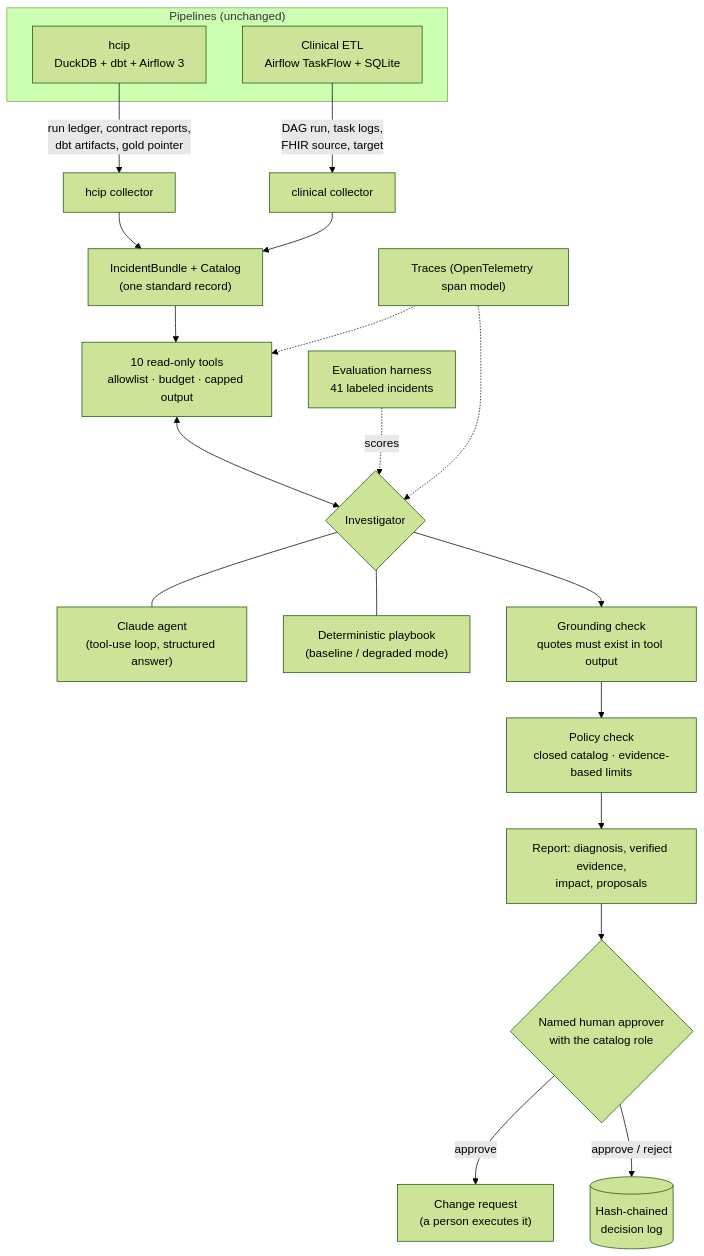
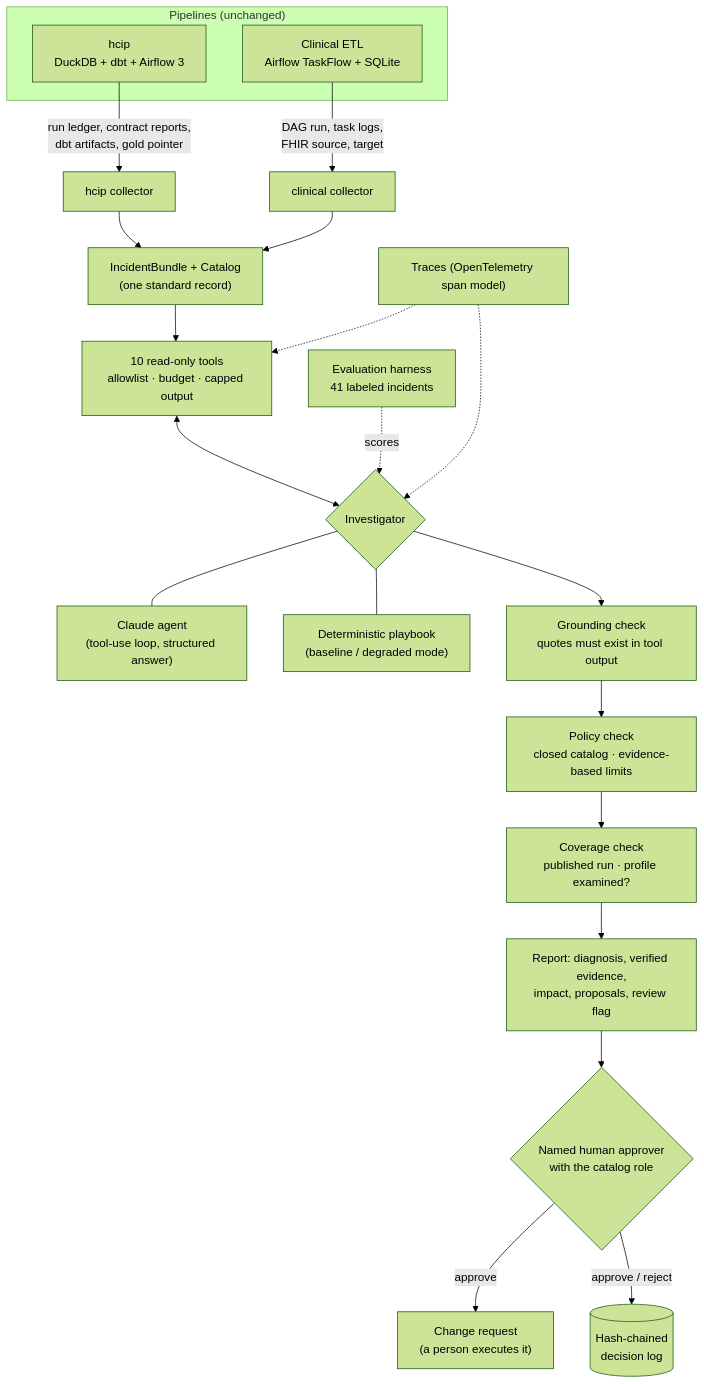
Before and after one commit to KilgoreC1024/healthcare-data-reliability-copilot: the first of 2 diagrams in docs/architecture.md, drawn with Mermaid (forest theme). The commit also changed other lines of this file and 20 other files, not shown here.

````diff
--- a/docs/architecture.md
+++ b/docs/architecture.md
@@ -5,24 +5,25 @@
 ```mermaid
 flowchart TB
     subgraph Pipelines["Pipelines (unchanged)"]
         H["hcip<br/>DuckDB + dbt + Airflow 3"]
         C["Clinical ETL<br/>Airflow TaskFlow + SQLite"]
     end
     H -->|run ledger, contract reports,<br/>dbt artifacts, gold pointer| CH["hcip collector"]
     C -->|DAG run, task logs,<br/>FHIR source, target| CC["clinical collector"]
     CH --> B["IncidentBundle + Catalog<br/>(one standard record)"]
     CC --> B
     B --> T["10 read-only tools<br/>allowlist · budget · capped output"]
     T <--> I{"Investigator"}
     I --- A1["Claude agent<br/>(tool-use loop, structured answer)"]
     I --- A2["Deterministic playbook<br/>(baseline / degraded mode)"]
     I --> G["Grounding check<br/>quotes must exist in tool output"]
     G --> P["Policy check<br/>closed catalog · evidence-based limits"]
-    P --> R["Report: diagnosis, verified evidence,<br/>impact, proposals"]
+    P --> CO["Coverage check<br/>published run · profile examined?"]
+    CO --> R["Report: diagnosis, verified evidence,<br/>impact, proposals, review flag"]
     R --> AP{"Named human approver<br/>with the catalog role"}
     AP -->|approve| CR["Change request<br/>(a person executes it)"]
     AP -->|approve / reject| L[("Hash-chained<br/>decision log")]
     E["Evaluation harness<br/>41 labeled incidents"] -.scores.-> I
     TR["Traces (OpenTelemetry span model)"] -.-> T
     TR -.-> I
 ```
````
